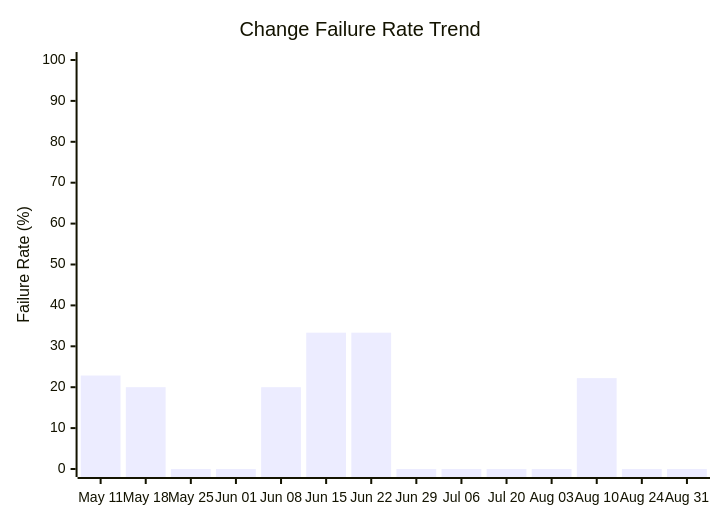
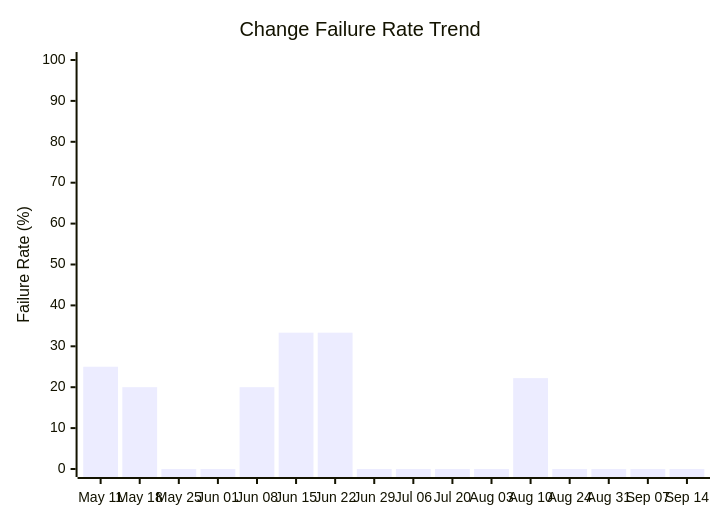
Before and after one commit to ukma-cs-ssdm-2025/rate-ukma: the fourth of 4 diagrams in docs/ci-cd/dora-summary.md, drawn with Mermaid. The commit also changed other lines of this file, not shown here.

````diff
--- a/docs/ci-cd/dora-summary.md
+++ b/docs/ci-cd/dora-summary.md
@@ -72,7 +74,7 @@
 ```mermaid
 xychart-beta
     title "Change Failure Rate Trend"
-    x-axis ["May 11", "May 18", "May 25", "Jun 01", "Jun 08", "Jun 15", "Jun 22", "Jun 29", "Jul 06", "Jul 20", "Aug 03", "Aug 10", "Aug 24", "Aug 31"]
+    x-axis ["May 11", "May 18", "May 25", "Jun 01", "Jun 08", "Jun 15", "Jun 22", "Jun 29", "Jul 06", "Jul 20", "Aug 03", "Aug 10", "Aug 24", "Aug 31", "Sep 07", "Sep 14"]
     y-axis "Failure Rate (%)" 0 --> 100
-    bar [22.86, 20.00, 0.00, 0.00, 20.00, 33.33, 33.33, 0.00, 0.00, 0.00, 0.00, 22.22, 0.00, 0.00]
+    bar [25.00, 20.00, 0.00, 0.00, 20.00, 33.33, 33.33, 0.00, 0.00, 0.00, 0.00, 22.22, 0.00, 0.00, 0.00, 0.00]
 ```
````
